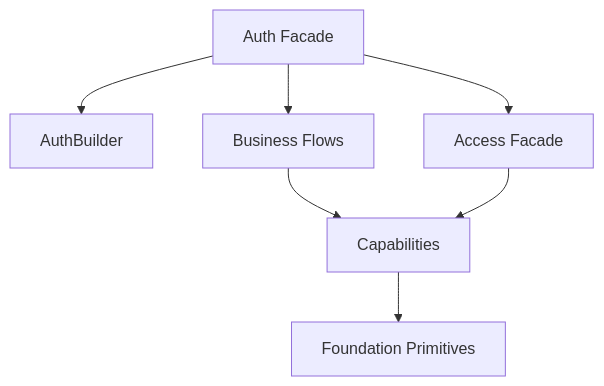
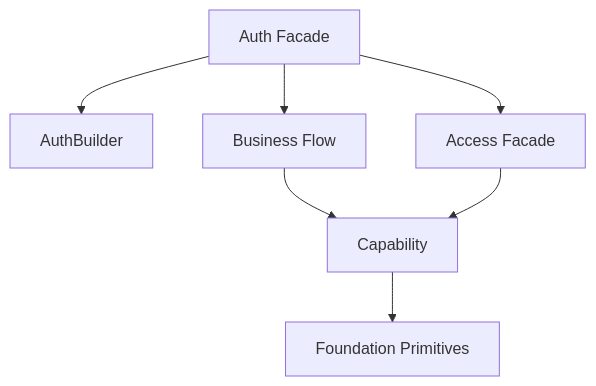
The diagram in Foundation/Auth/docs/architecture.md (shomsy/avax), drawn with Mermaid before and after one commit. The commit also changed other lines of this file and 422 other files, not shown here.

Commit message:
Rename namings: Flows - flow, Capabilities - Capability...

````diff
--- a/Foundation/Auth/docs/architecture.md
+++ b/Foundation/Auth/docs/architecture.md
@@ -43,9 +43,9 @@
 ```mermaid
 graph TD
     Facade[Auth Facade] --> Builder[AuthBuilder]
-    Facade --> Flows[Business Flows]
+    Facade --> Flow[Business Flow]
     Facade --> Access[Access Facade]
-    Flows --> Capabilities[Capabilities]
-    Access --> Capabilities
-    Capabilities --> Foundation[Foundation Primitives]
+    Flow --> Capability[Capability]
+    Access --> Capability
+    Capability --> Foundation[Foundation Primitives]
 ```
````
